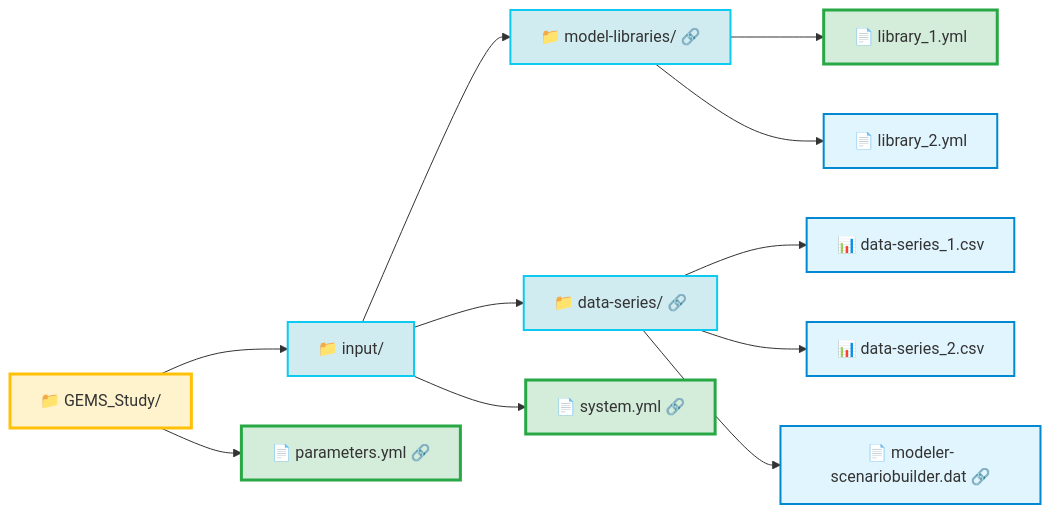
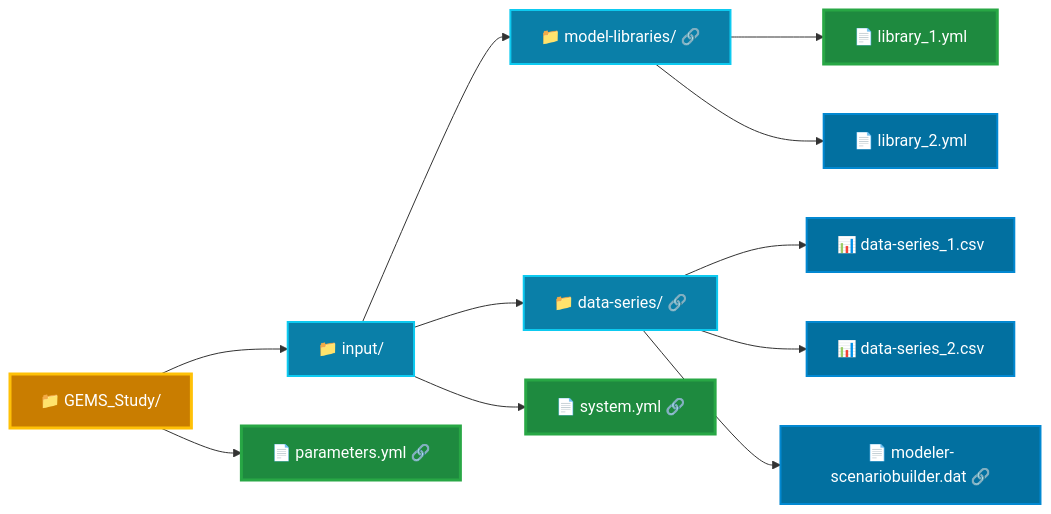
Before and after one commit to AntaresSimulatorTeam/GEMS: the diagram in doc/user-guide/file-structure/overview.md, drawn with Mermaid.

Commit message:
adapt mermaid chart in darkmode

````diff
--- a/doc/user-guide/file-structure/overview.md
+++ b/doc/user-guide/file-structure/overview.md
@@ -13,45 +13,45 @@
 ```mermaid
 flowchart LR
     Study["📁 GEMS_Study/"]
     Input["📁 input/"]
     ModelLib["📁 model-libraries/ 🔗"]
     DataSeries["📁 data-series/ 🔗"]
     
     System["📄 system.yml 🔗"]
     Params["📄 parameters.yml 🔗"]
     Lib1["📄 library_1.yml"]
     Lib2["📄 library_2.yml"]
     Data1["📊 data-series_1.csv"]
     Data2["📊 data-series_2.csv"]
     Scenario["📄 modeler-scenariobuilder.dat 🔗"]
     
     Study --> Input
     Study --> Params
     Input --> ModelLib
     Input --> System
     Input --> DataSeries
     ModelLib --> Lib1
     ModelLib --> Lib2
     DataSeries --> Data1
     DataSeries --> Data2
     DataSeries --> Scenario
     
-    style Study fill:#fff3cd,stroke:#ffc107,stroke-width:3px
-    style Input fill:#d1ecf1,stroke:#0dcaf0,stroke-width:2px
-    style ModelLib fill:#d1ecf1,stroke:#0dcaf0,stroke-width:2px
-    style DataSeries fill:#d1ecf1,stroke:#0dcaf0,stroke-width:2px
-    style System fill:#d4edda,stroke:#28a745,stroke-width:3px
-    style Params fill:#d4edda,stroke:#28a745,stroke-width:3px
-    style Lib1 fill:#d4edda,stroke:#28a745,stroke-width:3px
-    style Lib2 fill:#e1f5ff,stroke:#0288d1,stroke-width:2px
-    style Data1 fill:#e1f5ff,stroke:#0288d1,stroke-width:2px
-    style Data2 fill:#e1f5ff,stroke:#0288d1,stroke-width:2px
-    style Scenario fill:#e1f5ff,stroke:#0288d1,stroke-width:2px
+    style Study fill:#c97d00,stroke:#ffc107,stroke-width:3px,color:#ffffff
+    style Input fill:#0a7fa8,stroke:#0dcaf0,stroke-width:2px,color:#ffffff
+    style ModelLib fill:#0a7fa8,stroke:#0dcaf0,stroke-width:2px,color:#ffffff
+    style DataSeries fill:#0a7fa8,stroke:#0dcaf0,stroke-width:2px,color:#ffffff
+    style System fill:#1e8a3f,stroke:#28a745,stroke-width:3px,color:#ffffff
+    style Params fill:#1e8a3f,stroke:#28a745,stroke-width:3px,color:#ffffff
+    style Lib1 fill:#1e8a3f,stroke:#28a745,stroke-width:3px,color:#ffffff
+    style Lib2 fill:#0270a0,stroke:#0288d1,stroke-width:2px,color:#ffffff
+    style Data1 fill:#0270a0,stroke:#0288d1,stroke-width:2px,color:#ffffff
+    style Data2 fill:#0270a0,stroke:#0288d1,stroke-width:2px,color:#ffffff
+    style Scenario fill:#0270a0,stroke:#0288d1,stroke-width:2px,color:#ffffff
 
     
     click ModelLib "../library/"
     click System "../system/"
     click DataSeries "../data-series/"
     click Scenario "../scenario-builder/"
     click Params "../solver-optimization/"
 ```
````
